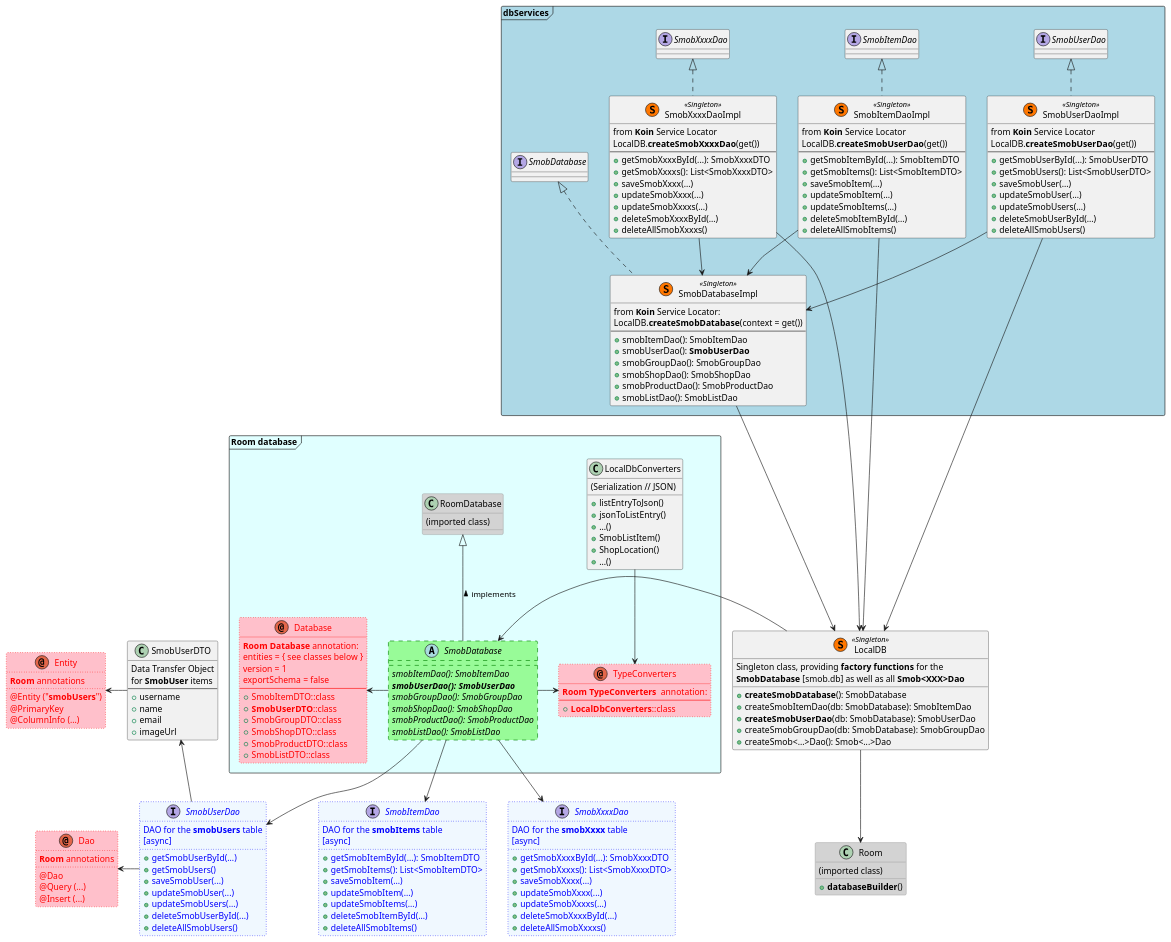
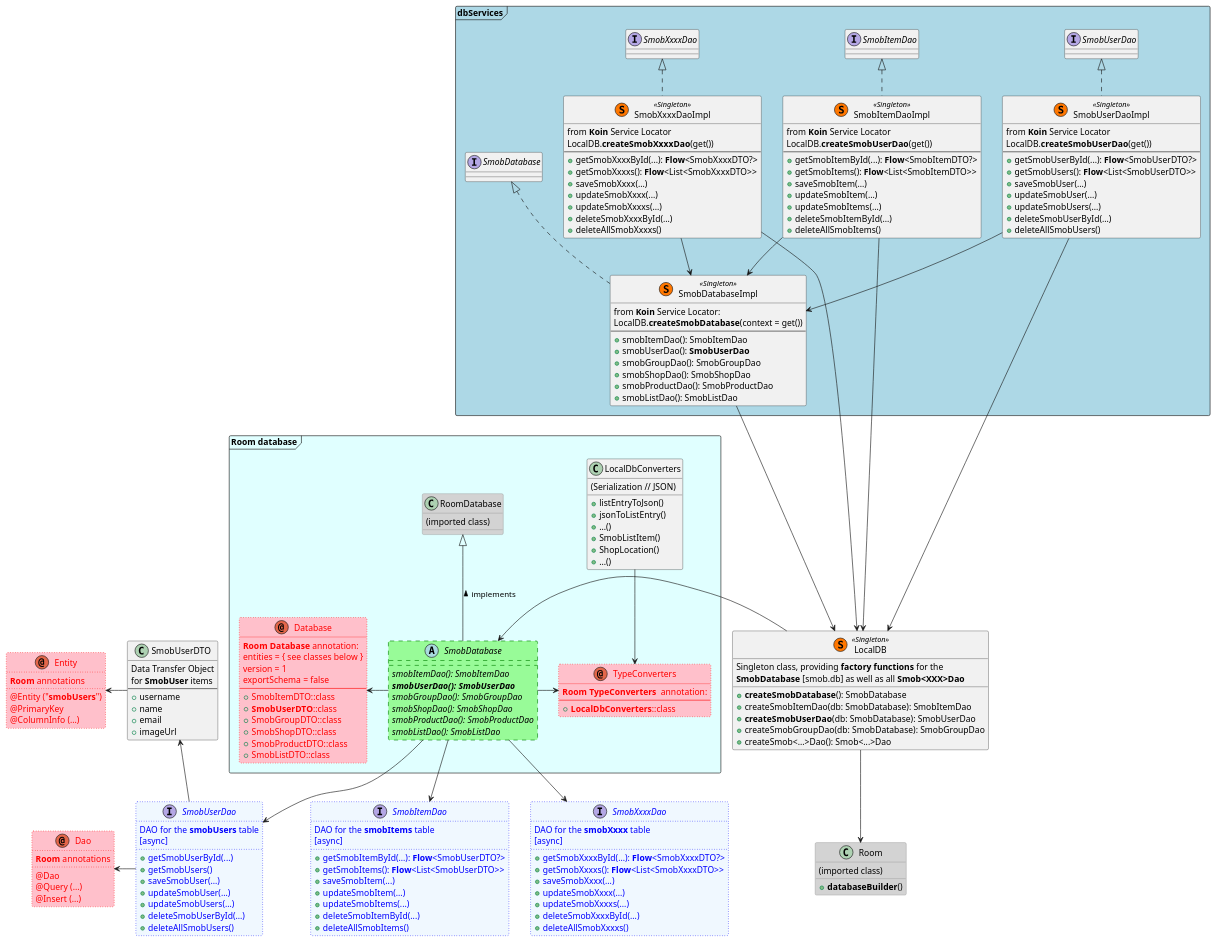
Before and after one commit to fwornle/ShopMob: the diagram in doc/puml/localDB.md, drawn with PlantUML. The commit also changed 1 other file, not shown here.

Commit message:
update UML diagrams (flow)

```diff
--- a/doc/puml/localDB.md
+++ b/doc/puml/localDB.md
@@ -61,8 +61,8 @@
 interface SmobItemDao #aliceblue;line:blue;line.dotted;text:blue {
     DAO for the **smobItems** table
     [async]
-    +getSmobItemById(...): SmobItemDTO
-    +getSmobItems(): List<SmobItemDTO>
+    +getSmobItemById(...): **Flow**<SmobUserDTO?>
+    +getSmobItems(): **Flow**<List<SmobUserDTO>>
     +saveSmobItem(...)
     +updateSmobItem(...)
     +updateSmobItems(...)
@@ -85,8 +85,8 @@
 interface SmobXxxxDao #aliceblue;line:blue;line.dotted;text:blue {
     DAO for the **smobXxxx** table
     [async]
-    +getSmobXxxxById(...): SmobXxxxDTO
-    +getSmobXxxxs(): List<SmobXxxxDTO>
+    +getSmobXxxxById(...): **Flow**<SmobXxxxDTO?>
+    +getSmobXxxxs(): **Flow**<List<SmobXxxxDTO>>
     +saveSmobXxxx(...)
     +updateSmobXxxx(...)
     +updateSmobXxxxs(...)
@@ -169,8 +169,8 @@
         from **Koin** Service Locator
         LocalDB.**createSmobUserDao**(get())
         ---
-        +getSmobUserById(...): SmobUserDTO
-        +getSmobUsers(): List<SmobUserDTO>
+        +getSmobUserById(...): **Flow**<SmobUserDTO?>
+        +getSmobUsers(): **Flow**<List<SmobUserDTO>>
         +saveSmobUser(...)
         +updateSmobUser(...)
         +updateSmobUsers(...)
@@ -182,8 +182,8 @@
         from **Koin** Service Locator
         LocalDB.**createSmobUserDao**(get())
         ---
-        +getSmobItemById(...): SmobItemDTO
-        +getSmobItems(): List<SmobItemDTO>
+        +getSmobItemById(...): **Flow**<SmobItemDTO?>
+        +getSmobItems(): **Flow**<List<SmobItemDTO>>
         +saveSmobItem(...)
         +updateSmobItem(...)
         +updateSmobItems(...)
@@ -195,8 +195,8 @@
         from **Koin** Service Locator
         LocalDB.**createSmobXxxxDao**(get())
         ---
-        +getSmobXxxxById(...): SmobXxxxDTO
-        +getSmobXxxxs(): List<SmobXxxxDTO>
+        +getSmobXxxxById(...): **Flow**<SmobXxxxDTO?>
+        +getSmobXxxxs(): **Flow**<List<SmobXxxxDTO>>
         +saveSmobXxxx(...)
         +updateSmobXxxx(...)
         +updateSmobXxxxs(...)
```
